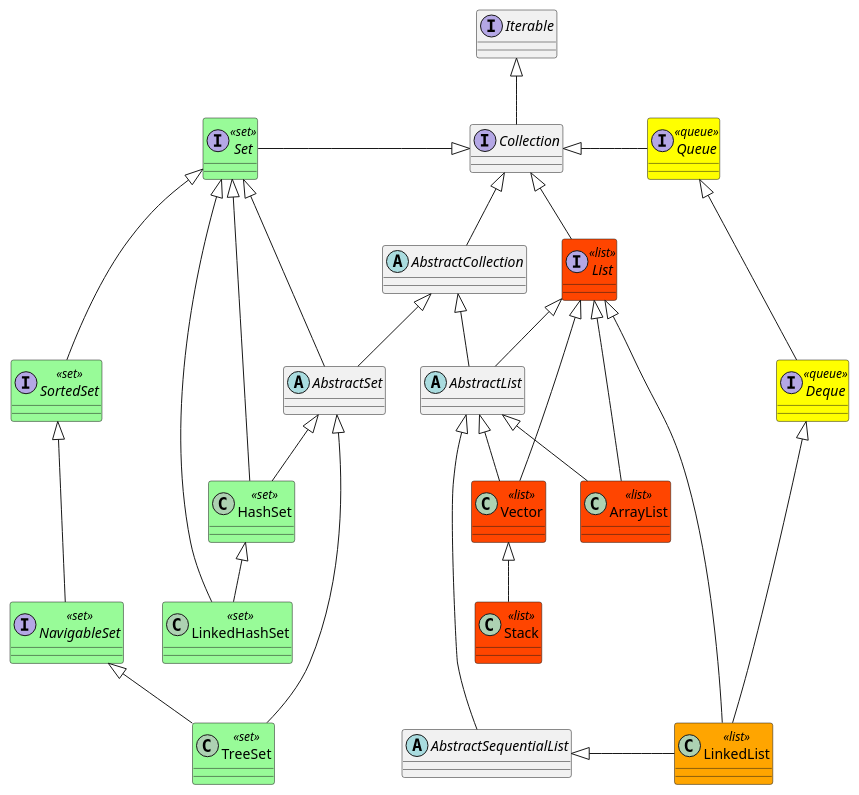
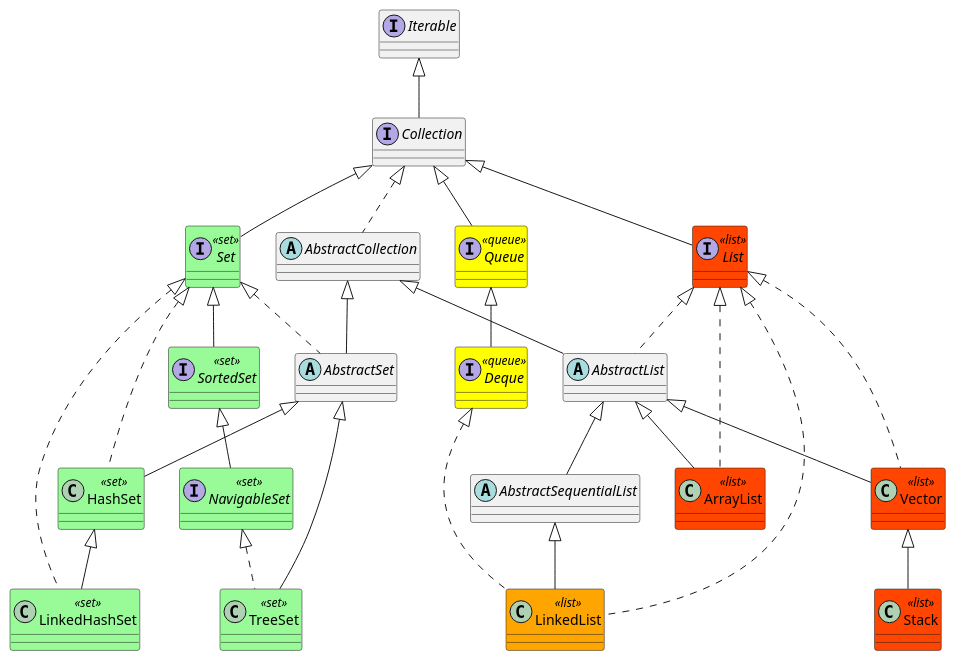
Before and after one commit to FedorIzvekov/uml: the diagram in uml/Collections.puml, drawn with PlantUML.

Commit message:
ref uml java core Collections hierarchy

```diff
--- a/uml/Collections.puml
+++ b/uml/Collections.puml
@@ -1,69 +1,33 @@
 @startuml
 
 skinparam class {
 BackgroundColor<< set >> palegreen
 BackgroundColor<<queue>> yellow
 BackgroundColor<<list>> orangered
 }
 
 interface Iterable
+interface Collection extends Iterable
 
-interface Collection
+abstract class AbstractCollection implements Collection
 
-abstract class AbstractCollection
+interface Set << set >> extends Collection
+abstract class AbstractSet extends AbstractCollection implements Set
+class HashSet << set >> extends AbstractSet implements Set
+class LinkedHashSet << set >> extends HashSet implements Set
+interface SortedSet << set >> extends Set
+interface NavigableSet << set >> extends SortedSet
+class TreeSet << set >> extends AbstractSet implements NavigableSet
 
-interface Set << set >>
-abstract class AbstractSet
-class HashSet << set >>
-class LinkedHashSet << set >>
-interface SortedSet << set >>
-interface NavigableSet << set >>
-class TreeSet << set >>
+interface Queue << queue >> extends Collection
+interface Deque << queue >> extends Queue
 
-
-interface Queue << queue >>
-interface Deque << queue >>
-
-
-interface List << list >>
-abstract class AbstractList
-abstract class AbstractSequentialList
-class LinkedList << list >> #orange
-class ArrayList << list >>
-class Vector << list >>
-class Stack << list >>
-
-
-Iterable <|--down Collection
-Collection <|--down AbstractCollection
-AbstractCollection <|--down AbstractList
-AbstractCollection <|--down AbstractSet
-
-Collection <|--left Set
-Set <|--down AbstractSet
-Set <|--down HashSet
-Set <|--down LinkedHashSet
-Set <|---down SortedSet
-AbstractSet <|--down HashSet
-HashSet <|--down LinkedHashSet
-AbstractSet <|--down TreeSet
-SortedSet <|---down NavigableSet
-NavigableSet <|--down TreeSet
-
-Collection <|--right Queue
-Queue <|---down Deque
-Deque <|----down LinkedList
-
-
-Collection <|--down List
-List <|--down AbstractList
-List <|--down LinkedList
-List <|--down ArrayList
-List <|--down Vector
-Vector <|--down Stack
-AbstractList <|--down AbstractSequentialList
-AbstractList <|--down ArrayList
-AbstractList <|--down Vector
-AbstractSequentialList <|--right LinkedList
+interface List << list >> extends Collection
+abstract class AbstractList extends AbstractCollection implements List
+abstract class AbstractSequentialList extends AbstractList
+class LinkedList << list >> #orange extends AbstractSequentialList implements List, Deque
+class ArrayList << list >> extends AbstractList implements List
+class Vector << list >> extends AbstractList implements List
+class Stack << list >> extends Vector
 
 @enduml
```
